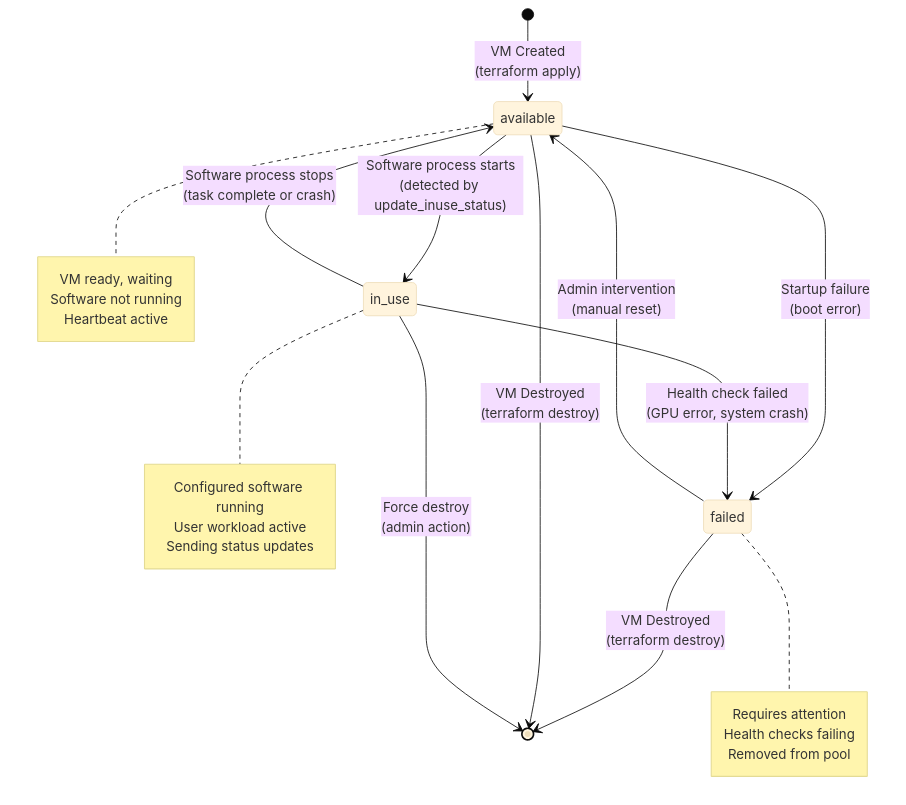
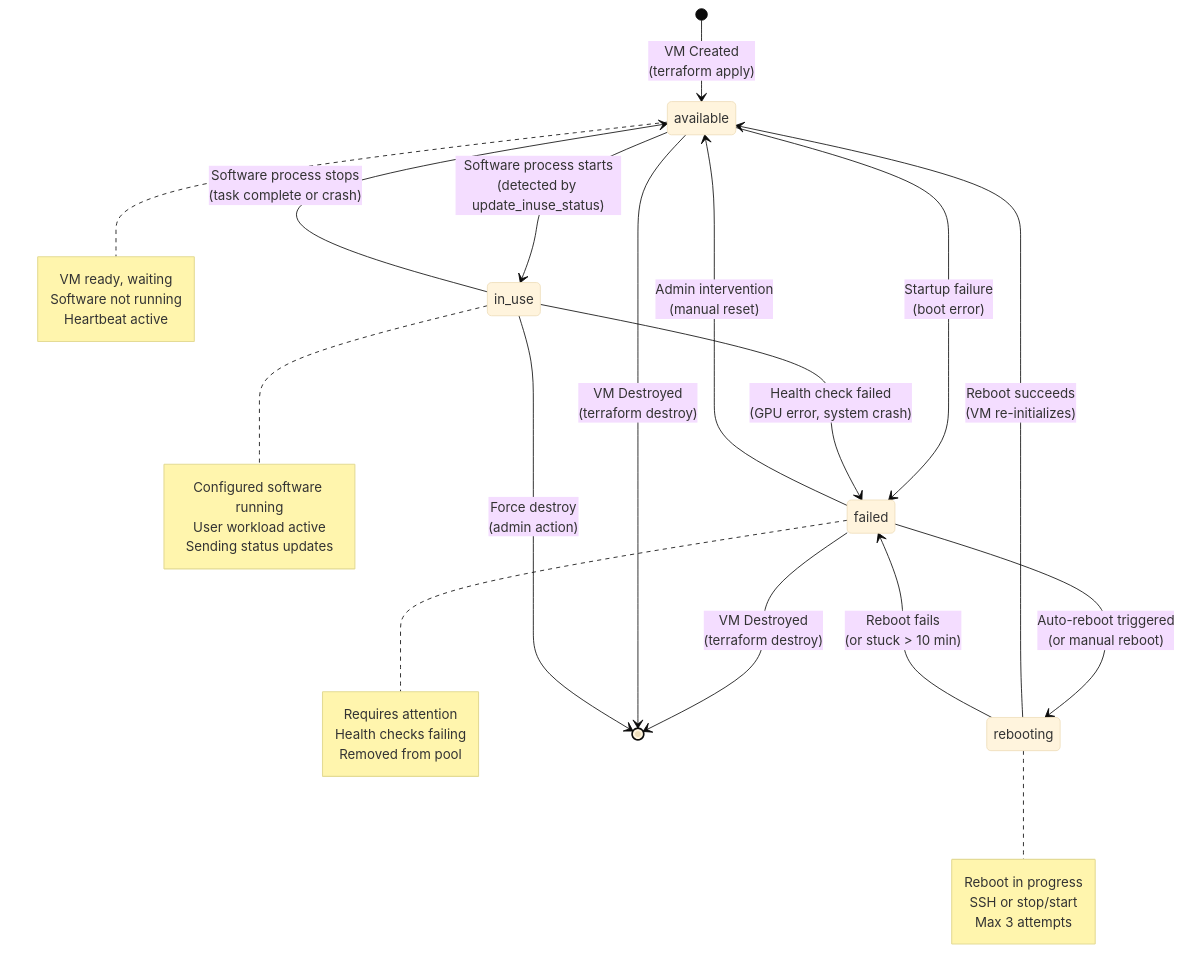
The second of 5 diagrams in docs/architecture.md (talmolab/lablink), drawn with Mermaid (base theme) before and after one commit. The commit also changed other lines of this file and 15 other files, not shown here.

First line of the commit message:
feat: add auto-reboot system with SSH and stop/start fallback (#272)

````diff
--- a/docs/architecture.md
+++ b/docs/architecture.md
@@ -162,33 +171,43 @@
 ```mermaid
 stateDiagram-v2
     [*] --> available: VM Created<br/>(terraform apply)
 
     available --> in_use: Software process starts<br/>(detected by update_inuse_status)
     in_use --> available: Software process stops<br/>(task complete or crash)
 
     available --> failed: Startup failure<br/>(boot error)
     in_use --> failed: Health check failed<br/>(GPU error, system crash)
+
+    failed --> rebooting: Auto-reboot triggered<br/>(or manual reboot)
+    rebooting --> available: Reboot succeeds<br/>(VM re-initializes)
+    rebooting --> failed: Reboot fails<br/>(or stuck > 10 min)
 
     failed --> available: Admin intervention<br/>(manual reset)
     failed --> [*]: VM Destroyed<br/>(terraform destroy)
     available --> [*]: VM Destroyed<br/>(terraform destroy)
     in_use --> [*]: Force destroy<br/>(admin action)
 
     note right of available
         VM ready, waiting
         Software not running
         Heartbeat active
     end note
 
     note right of in_use
         Configured software running
         User workload active
         Sending status updates
     end note
 
     note right of failed
         Requires attention
         Health checks failing
         Removed from pool
     end note
+
+    note right of rebooting
+        Reboot in progress
+        SSH or stop/start
+        Max 3 attempts
+    end note
 ```
````
